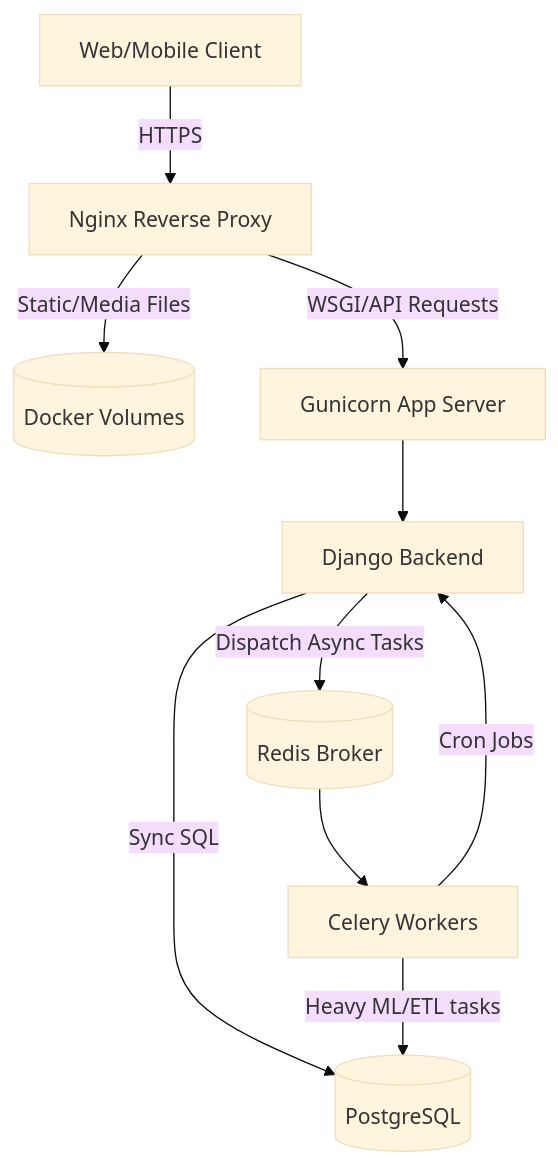
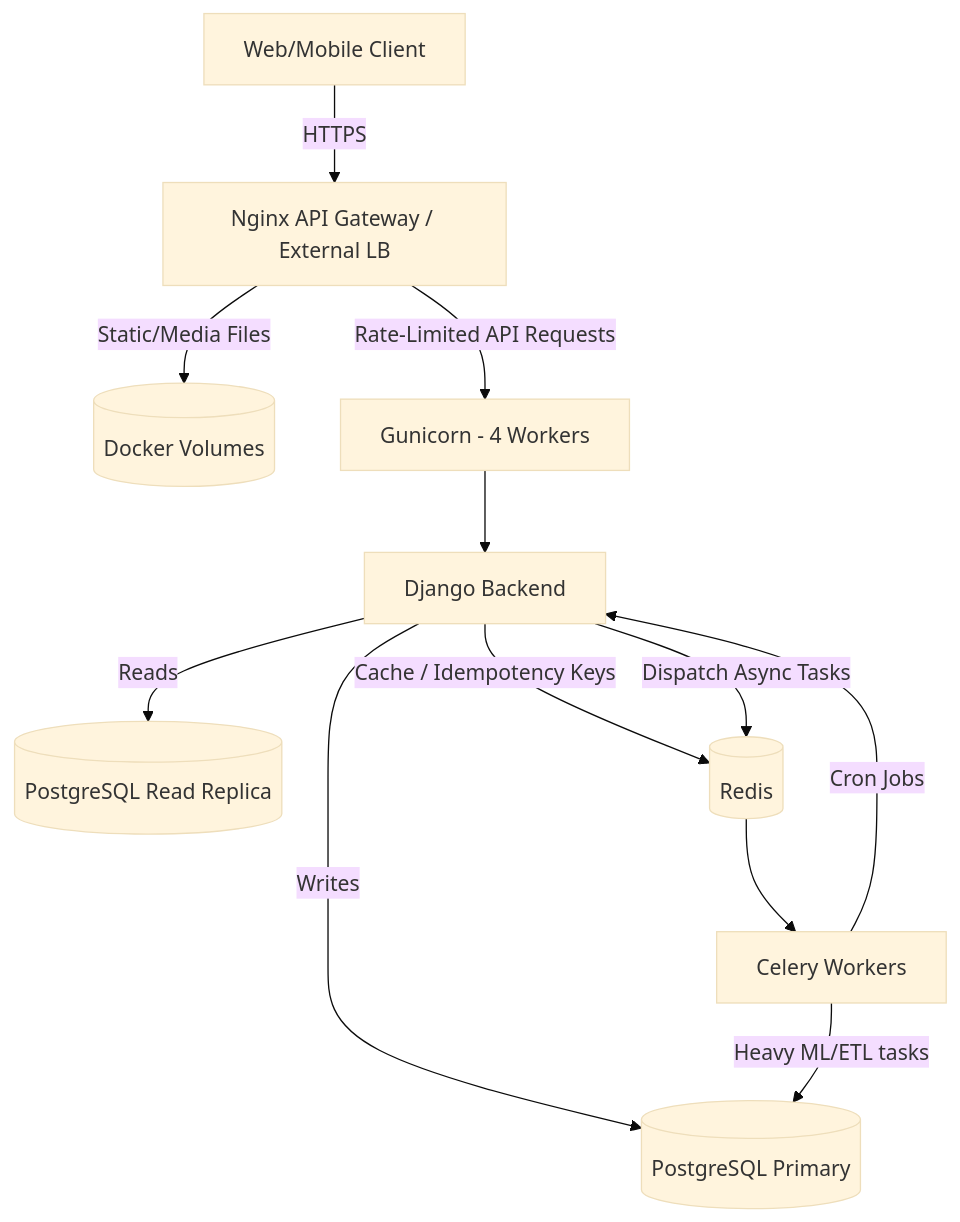
Before and after one commit to Shivam-Narayan/laguna-ai-line-balancing: the first of 4 diagrams in docs/system_architecture.md, drawn with Mermaid (base theme). The commit also changed other lines of this file and 16 other files, not shown here.

Commit message:
feat: implement circuit breaker and primary-replica database architecture with idempotency support

````diff
--- a/docs/system_architecture.md
+++ b/docs/system_architecture.md
@@ -27,15 +28,17 @@
 ```mermaid
 graph TD
-    Client[Web/Mobile Client] -->|HTTPS| Nginx[Nginx Reverse Proxy]
+    Client[Web/Mobile Client] -->|HTTPS| Nginx[Nginx API Gateway / External LB]
     Nginx -->|Static/Media Files| Volumes[(Docker Volumes)]
-    Nginx -->|WSGI/API Requests| Gunicorn[Gunicorn App Server]
-    
+    Nginx -->|Rate-Limited API Requests| Gunicorn[Gunicorn - 4 Workers]
+
     Gunicorn --> Django[Django Backend]
-    
-    Django -->|Sync SQL| DB[(PostgreSQL)]
-    Django -->|Dispatch Async Tasks| Redis[(Redis Broker)]
-    
+
+    Django -->|Writes| DBPrimary[(PostgreSQL Primary)]
+    Django -->|Reads| DBReplica[(PostgreSQL Read Replica)]
+    Django -->|Cache / Idempotency Keys| Redis[(Redis)]
+    Django -->|Dispatch Async Tasks| Redis
+
     Redis --> Celery[Celery Workers]
-    Celery -->|Heavy ML/ETL tasks| DB
+    Celery -->|Heavy ML/ETL tasks| DBPrimary
     Celery -->|Cron Jobs| Django
 ```
````
